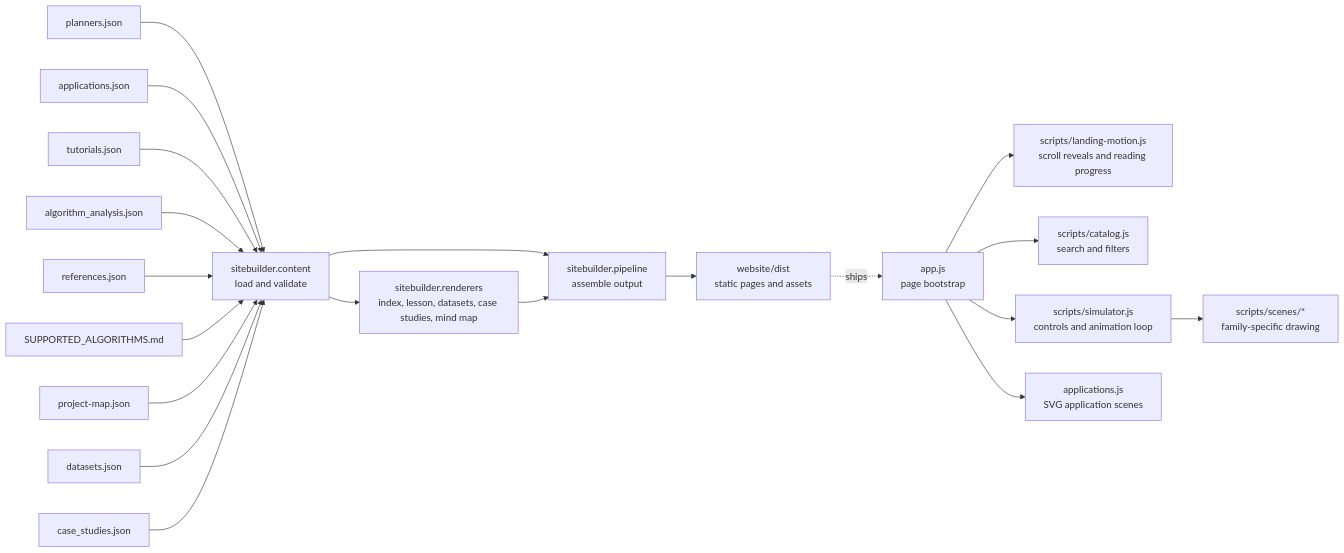
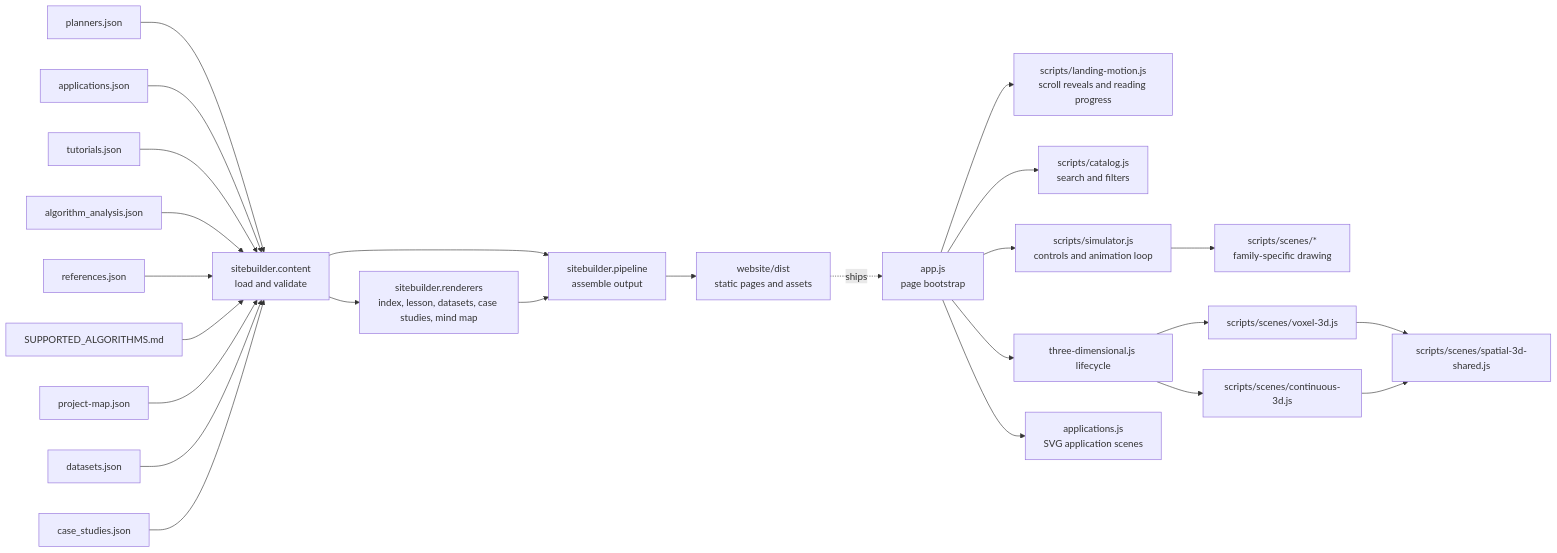
Before and after one commit to damminhtien/pathplanning: the diagram in website/ARCHITECTURE.md, drawn with Mermaid. The commit also changed other lines of this file and 9 other files, not shown here.

````diff
--- a/website/ARCHITECTURE.md
+++ b/website/ARCHITECTURE.md
@@ -5,41 +5,47 @@
 ```mermaid
 flowchart LR
   PlannerData[planners.json]
   TutorialData[tutorials.json]
   AnalysisData[algorithm_analysis.json]
   References[references.json]
   Applications[applications.json]
   Registry[SUPPORTED_ALGORITHMS.md]
   MapData[project-map.json]
   DatasetData[datasets.json]
   CaseStudies[case_studies.json]
   Content[sitebuilder.content\nload and validate]
   Build[sitebuilder.pipeline\nassemble output]
   PageRenderers[sitebuilder.renderers\nindex, lesson, datasets, case studies, mind map]
   Dist[website/dist\nstatic pages and assets]
   Browser[app.js\npage bootstrap]
   LandingMotion[scripts/landing-motion.js\nscroll reveals and reading progress]
   Catalog[scripts/catalog.js\nsearch and filters]
   Simulator[scripts/simulator.js\ncontrols and animation loop]
   Scenes[scripts/scenes/*\nfamily-specific drawing]
 
   PlannerData --> Content
   Applications --> Content
   TutorialData --> Content
   AnalysisData --> Content
   References --> Content
   Registry --> Content
   MapData --> Content
   DatasetData --> Content
   CaseStudies --> Content
   Content --> Build
   Content --> PageRenderers
   PageRenderers --> Build
   Build --> Dist
   Browser --> Catalog
   Browser --> LandingMotion
+  Browser --> ThreeDimensional
+  ThreeDimensional[three-dimensional.js lifecycle]
+  ThreeDimensional --> Voxel3D[scripts/scenes/voxel-3d.js]
+  ThreeDimensional --> Continuous3D[scripts/scenes/continuous-3d.js]
+  Voxel3D --> SpatialDrawing[scripts/scenes/spatial-3d-shared.js]
+  Continuous3D --> SpatialDrawing
   Browser --> ApplicationScenes[applications.js\nSVG application scenes]
   Browser --> Simulator
   Simulator --> Scenes
   Dist -. ships .-> Browser
 ```
````
